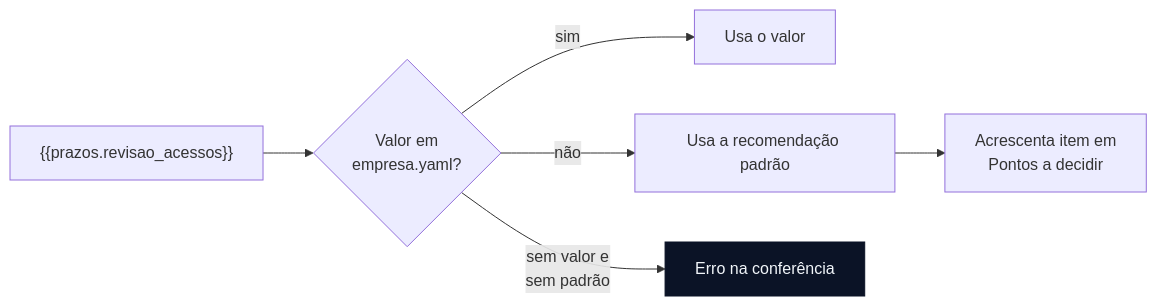
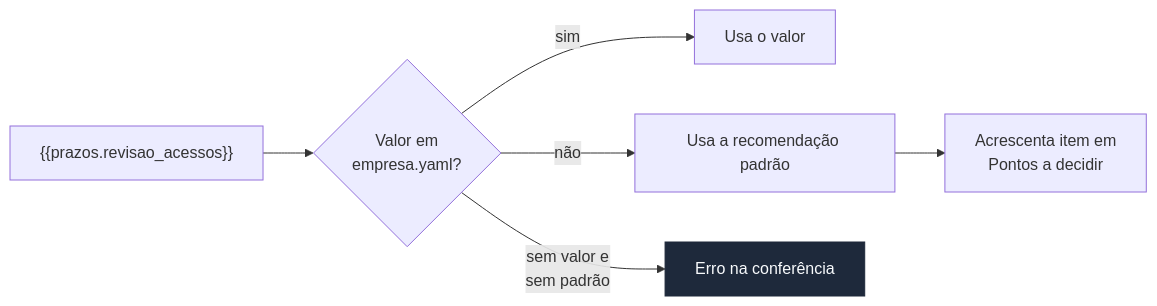
Before and after one commit to resper1965/esqueleto-governanca: the second of 4 diagrams in docs/arquitetura.md, drawn with Mermaid. The commit also changed other lines of this file and 11 other files, not shown here.

````diff
--- a/docs/arquitetura.md
+++ b/docs/arquitetura.md
@@ -94,10 +94,10 @@
 ```mermaid
 flowchart LR
     A["{{prazos.revisao_acessos}}"] --> B{"Valor em<br/>empresa.yaml?"}
     B -- sim --> C["Usa o valor"]
     B -- não --> D["Usa a recomendação padrão"]
     D --> E["Acrescenta item em<br/>Pontos a decidir"]
     B -- "sem valor e<br/>sem padrão" --> X["Erro na conferência"]
 
-    style X fill:#0B1326,stroke:#0B1326,color:#F1F5F9
+    style X fill:#1E293B,stroke:#1E293B,color:#F8FAFC
 ```
````
